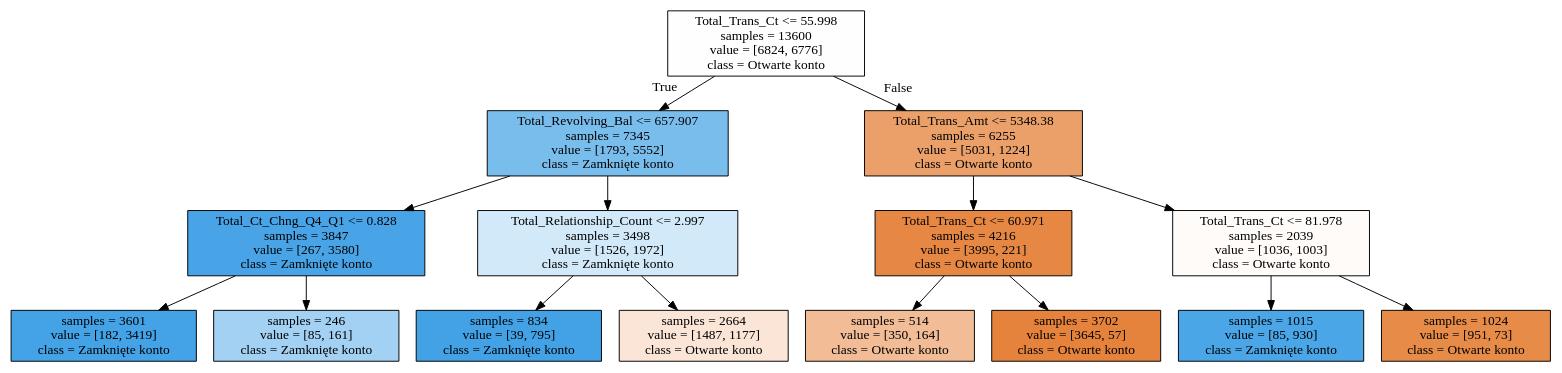
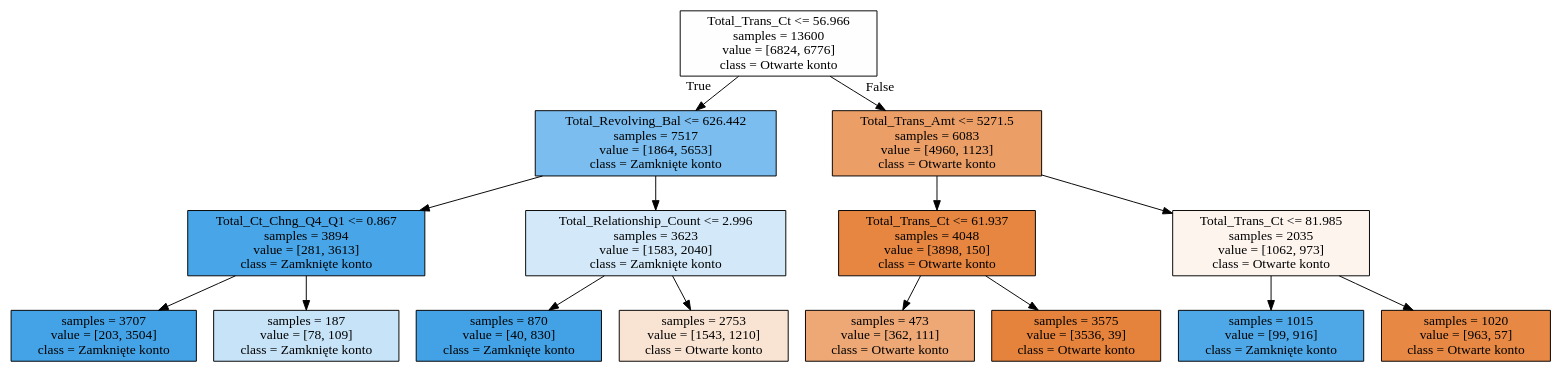
One commit to skuam/Credict_card_analize changed the diagram in tree.dot. Above: the diagram before and after it, drawn with Graphviz. The commit also changed 3 other files, not shown here.

```diff
--- a/tree.dot
+++ b/tree.dot
@@ -1,32 +1,32 @@
 digraph Tree {
 node [shape=box, style="filled", color="black"] ;
-0 [label="Total_Trans_Ct <= 55.998\nsamples = 13600\nvalue = [6824, 6776]\nclass = Otwarte konto", fillcolor="#fffefe"] ;
-1 [label="Total_Revolving_Bal <= 657.907\nsamples = 7345\nvalue = [1793, 5552]\nclass = Zamknięte konto", fillcolor="#79bded"] ;
+0 [label="Total_Trans_Ct <= 56.966\nsamples = 13600\nvalue = [6824, 6776]\nclass = Otwarte konto", fillcolor="#fffefe"] ;
+1 [label="Total_Revolving_Bal <= 626.442\nsamples = 7517\nvalue = [1864, 5653]\nclass = Zamknięte konto", fillcolor="#7abdee"] ;
 0 -> 1 [labeldistance=2.5, labelangle=45, headlabel="True"] ;
-2 [label="Total_Ct_Chng_Q4_Q1 <= 0.828\nsamples = 3847\nvalue = [267, 3580]\nclass = Zamknięte konto", fillcolor="#48a4e7"] ;
+2 [label="Total_Ct_Chng_Q4_Q1 <= 0.867\nsamples = 3894\nvalue = [281, 3613]\nclass = Zamknięte konto", fillcolor="#48a5e7"] ;
 1 -> 2 ;
-3 [label="samples = 3601\nvalue = [182, 3419]\nclass = Zamknięte konto", fillcolor="#44a2e6"] ;
+3 [label="samples = 3707\nvalue = [203, 3504]\nclass = Zamknięte konto", fillcolor="#44a3e7"] ;
 2 -> 3 ;
-4 [label="samples = 246\nvalue = [85, 161]\nclass = Zamknięte konto", fillcolor="#a2d1f3"] ;
+4 [label="samples = 187\nvalue = [78, 109]\nclass = Zamknięte konto", fillcolor="#c7e3f8"] ;
 2 -> 4 ;
-5 [label="Total_Relationship_Count <= 2.997\nsamples = 3498\nvalue = [1526, 1972]\nclass = Zamknięte konto", fillcolor="#d2e9f9"] ;
+5 [label="Total_Relationship_Count <= 2.996\nsamples = 3623\nvalue = [1583, 2040]\nclass = Zamknięte konto", fillcolor="#d3e9f9"] ;
 1 -> 5 ;
-6 [label="samples = 834\nvalue = [39, 795]\nclass = Zamknięte konto", fillcolor="#43a2e6"] ;
+6 [label="samples = 870\nvalue = [40, 830]\nclass = Zamknięte konto", fillcolor="#43a2e6"] ;
 5 -> 6 ;
-7 [label="samples = 2664\nvalue = [1487, 1177]\nclass = Otwarte konto", fillcolor="#fae5d6"] ;
+7 [label="samples = 2753\nvalue = [1543, 1210]\nclass = Otwarte konto", fillcolor="#f9e4d4"] ;
 5 -> 7 ;
-8 [label="Total_Trans_Amt <= 5348.38\nsamples = 6255\nvalue = [5031, 1224]\nclass = Otwarte konto", fillcolor="#eba069"] ;
+8 [label="Total_Trans_Amt <= 5271.5\nsamples = 6083\nvalue = [4960, 1123]\nclass = Otwarte konto", fillcolor="#eb9e66"] ;
 0 -> 8 [labeldistance=2.5, labelangle=-45, headlabel="False"] ;
-9 [label="Total_Trans_Ct <= 60.971\nsamples = 4216\nvalue = [3995, 221]\nclass = Otwarte konto", fillcolor="#e68844"] ;
+9 [label="Total_Trans_Ct <= 61.937\nsamples = 4048\nvalue = [3898, 150]\nclass = Otwarte konto", fillcolor="#e68641"] ;
 8 -> 9 ;
-10 [label="samples = 514\nvalue = [350, 164]\nclass = Otwarte konto", fillcolor="#f1bc96"] ;
+10 [label="samples = 473\nvalue = [362, 111]\nclass = Otwarte konto", fillcolor="#eda876"] ;
 9 -> 10 ;
-11 [label="samples = 3702\nvalue = [3645, 57]\nclass = Otwarte konto", fillcolor="#e5833c"] ;
+11 [label="samples = 3575\nvalue = [3536, 39]\nclass = Otwarte konto", fillcolor="#e5823b"] ;
 9 -> 11 ;
-12 [label="Total_Trans_Ct <= 81.978\nsamples = 2039\nvalue = [1036, 1003]\nclass = Otwarte konto", fillcolor="#fefbf9"] ;
+12 [label="Total_Trans_Ct <= 81.985\nsamples = 2035\nvalue = [1062, 973]\nclass = Otwarte konto", fillcolor="#fdf4ee"] ;
 8 -> 12 ;
-13 [label="samples = 1015\nvalue = [85, 930]\nclass = Zamknięte konto", fillcolor="#4ba6e7"] ;
+13 [label="samples = 1015\nvalue = [99, 916]\nclass = Zamknięte konto", fillcolor="#4ea8e8"] ;
 12 -> 13 ;
-14 [label="samples = 1024\nvalue = [951, 73]\nclass = Otwarte konto", fillcolor="#e78b48"] ;
+14 [label="samples = 1020\nvalue = [963, 57]\nclass = Otwarte konto", fillcolor="#e78845"] ;
 12 -> 14 ;
 }
```
